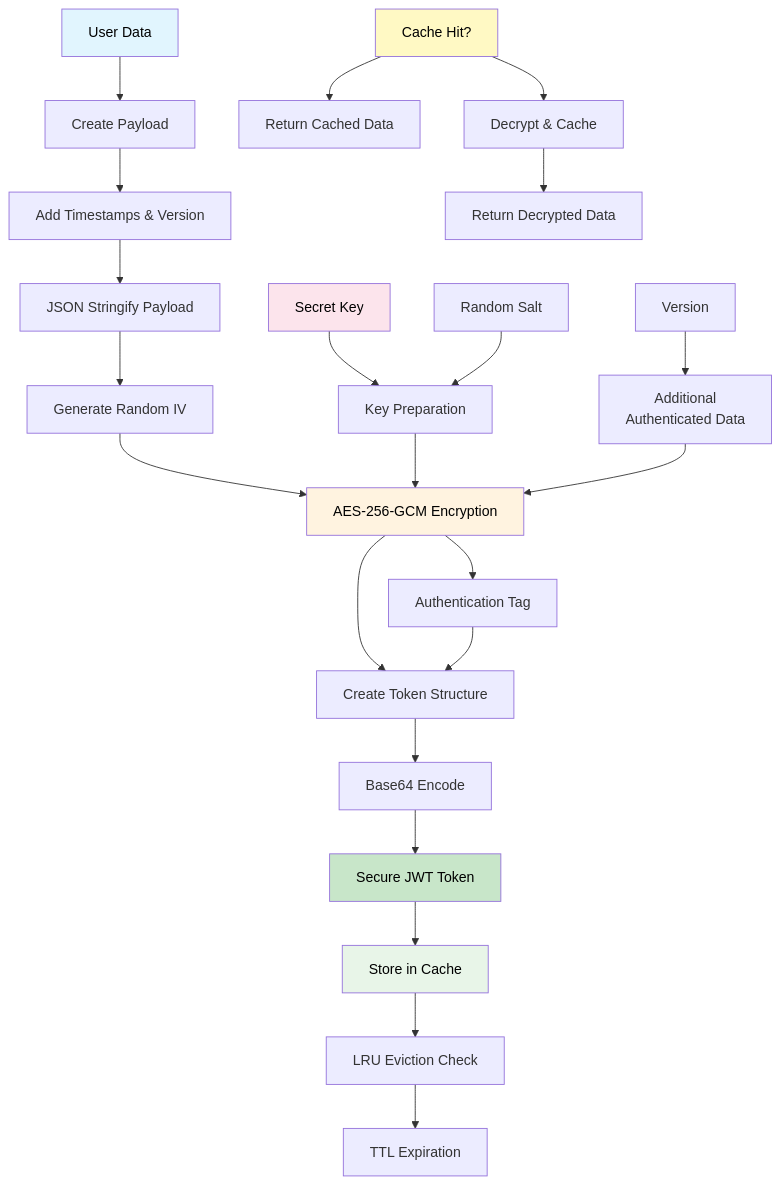
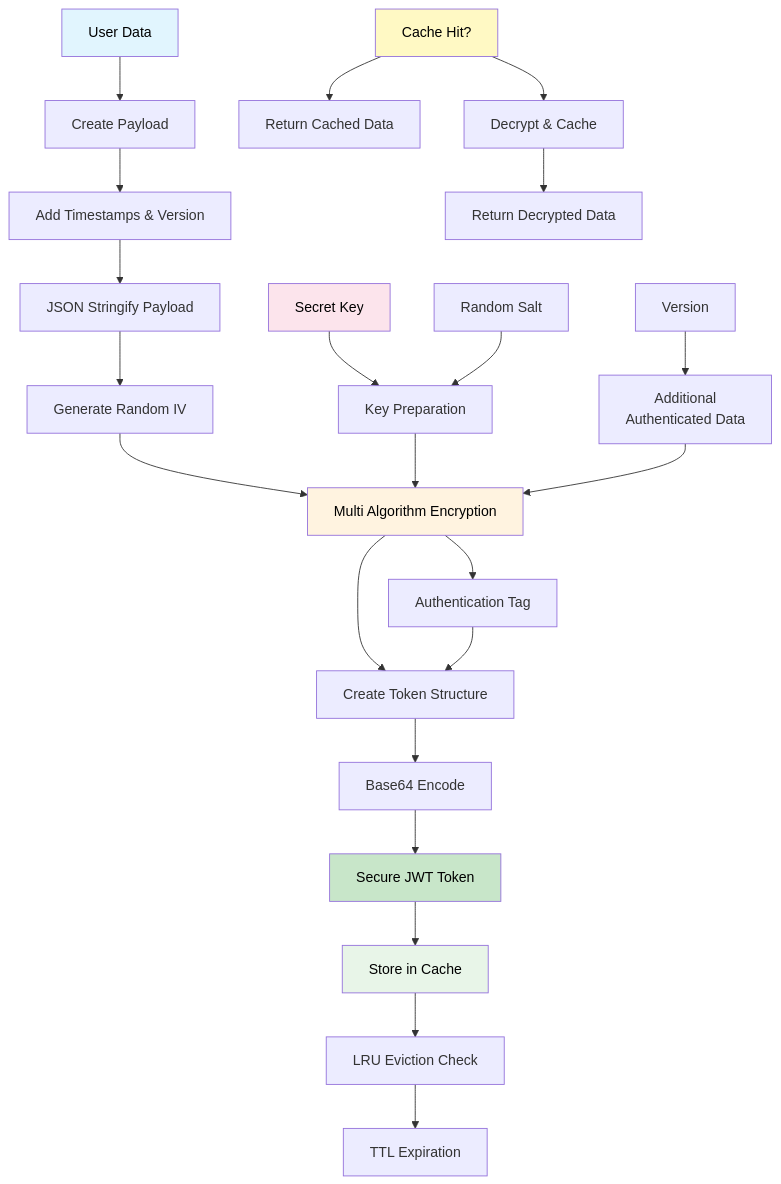
Before and after one commit to NeaByteLab/Secure-JWT: the second of 3 diagrams in README.md, drawn with Mermaid. The commit also changed other lines of this file, not shown here.

Commit message:
docs(readme): update mermaid diagrams for multi-algorithm support :art:

````diff
--- a/README.md
+++ b/README.md
@@ -266,36 +266,36 @@
 ```mermaid
 graph TD
     A[User Data] --> B[Create Payload]
     B --> C[Add Timestamps & Version]
     C --> D[JSON Stringify Payload]
     D --> E[Generate Random IV]
-    E --> F[AES-256-GCM Encryption]
+    E --> F[Multi Algorithm Encryption]
     F --> G[Create Token Structure]
     G --> H[Base64 Encode]
     H --> I[Secure JWT Token]
     I --> J[Store in Cache]
     J --> K[LRU Eviction Check]
     K --> L[TTL Expiration]
 
     M[Secret Key] --> N[Key Preparation]
     N --> F
     O[Random Salt] --> N
 
     P[Version] --> Q[Additional
     Authenticated Data]
     Q --> F
 
     F --> R[Authentication Tag]
     R --> G
 
     S[Cache Hit?] --> T[Return Cached Data]
     S --> U[Decrypt & Cache]
     U --> V[Return Decrypted Data]
 
     style A fill:#e1f5fe,color:#000
     style I fill:#c8e6c9,color:#000
     style F fill:#fff3e0,color:#000
     style M fill:#fce4ec,color:#000
     style J fill:#e8f5e8,color:#000
     style S fill:#fff9c4,color:#000
 ```
````
